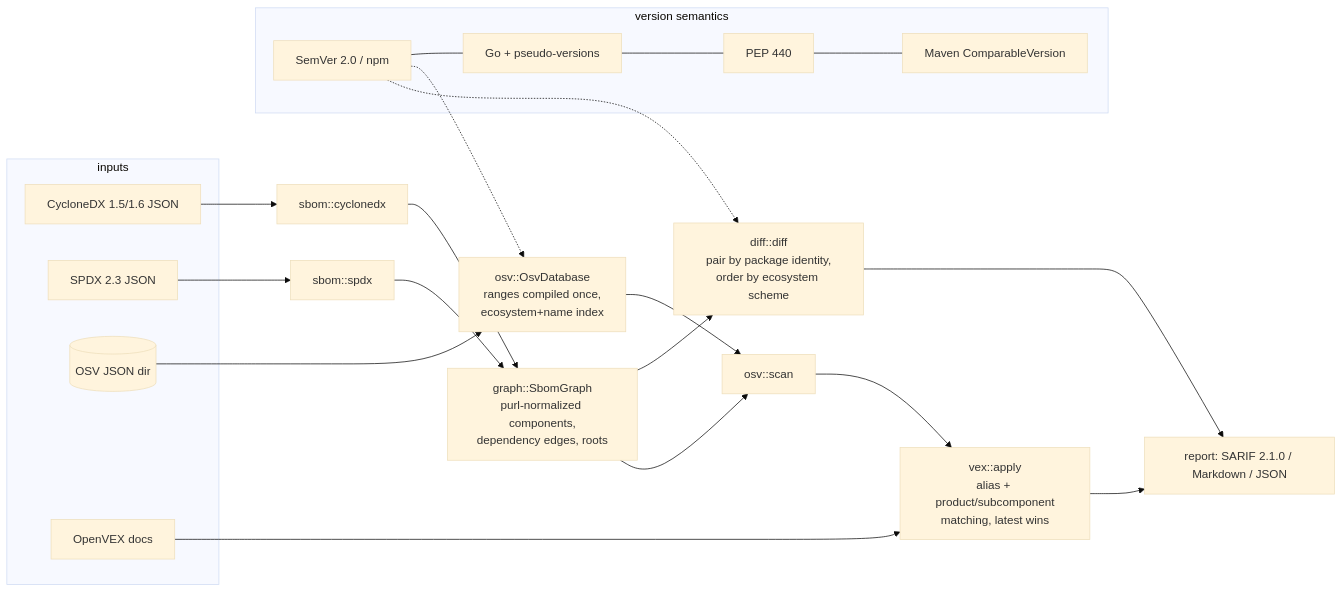
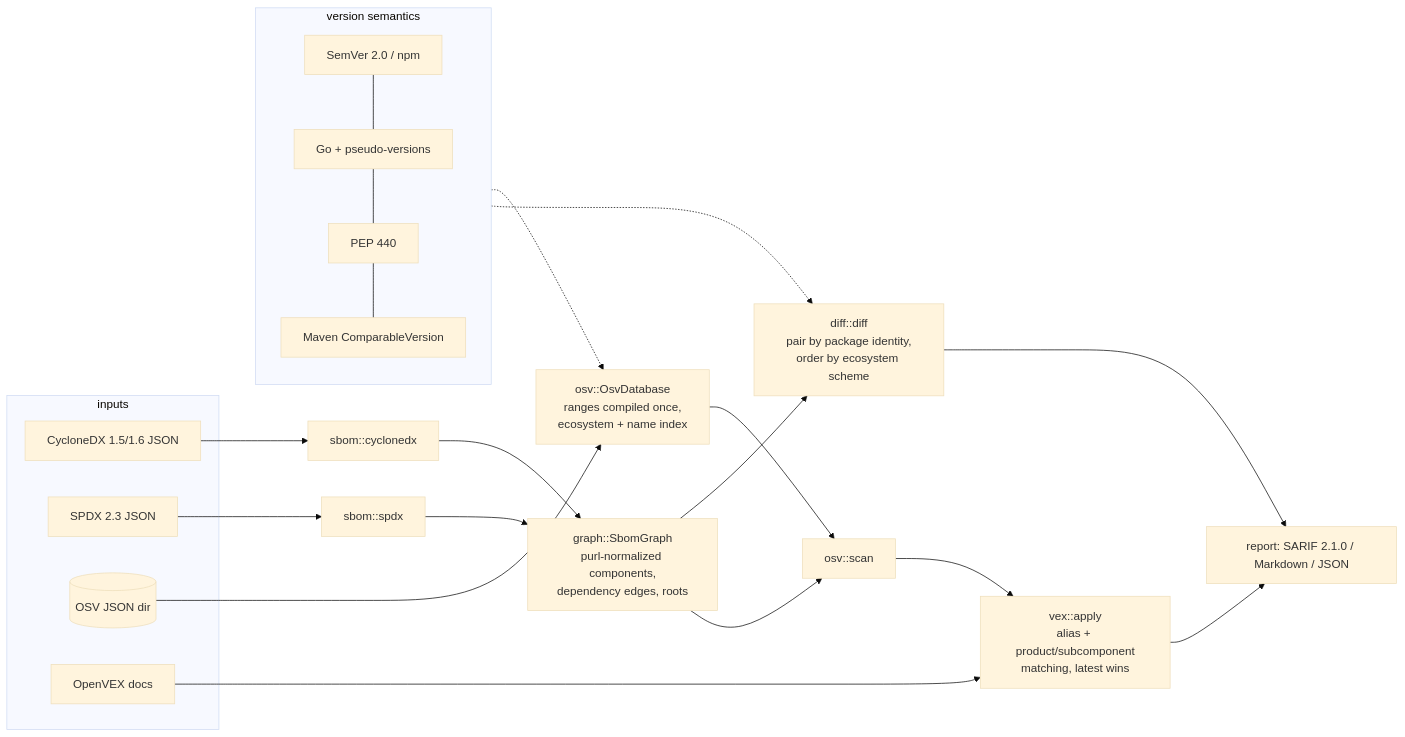
One commit to SlateGitOrg/sbomlens changed the diagram in README.md. Above: the diagram before and after it, drawn with Mermaid (base theme). The commit also changed other lines of this file and 1 other file, not shown here.

````diff
--- a/README.md
+++ b/README.md
@@ -21,25 +44,26 @@
 ```mermaid
 flowchart LR
-    subgraph inputs
-      CDX[CycloneDX 1.5/1.6 JSON]
-      SPDX[SPDX 2.3 JSON]
-      OSV[(OSV JSON dir)]
-      VEX[OpenVEX docs]
+    subgraph IN["inputs"]
+      CDX["CycloneDX 1.5/1.6 JSON"]
+      SPDX["SPDX 2.3 JSON"]
+      OSV[("OSV JSON dir")]
+      VEX["OpenVEX docs"]
     end
-    CDX --> P[sbom::cyclonedx]
-    SPDX --> Q[sbom::spdx]
-    P & Q --> G[graph::SbomGraph<br/>purl-normalized components,<br/>dependency edges, roots]
-    G --> D[diff::diff<br/>pair by package identity,<br/>order by ecosystem scheme]
-    OSV --> DB[osv::OsvDatabase<br/>ranges compiled once,<br/>ecosystem+name index]
-    G --> M[osv::scan]
+    CDX --> P["sbom::cyclonedx"]
+    SPDX --> Q["sbom::spdx"]
+    P --> G["graph::SbomGraph<br/>purl-normalized components,<br/>dependency edges, roots"]
+    Q --> G
+    G --> D["diff::diff<br/>pair by package identity,<br/>order by ecosystem scheme"]
+    OSV --> DB["osv::OsvDatabase<br/>ranges compiled once,<br/>ecosystem + name index"]
+    G --> M["osv::scan"]
     DB --> M
-    M --> V[vex::apply<br/>alias + product/subcomponent<br/>matching, latest wins]
+    M --> V["vex::apply<br/>alias + product/subcomponent<br/>matching, latest wins"]
     VEX --> V
-    V --> R[report: SARIF 2.1.0 / Markdown / JSON]
+    V --> R["report: SARIF 2.1.0 / Markdown / JSON"]
     D --> R
-    subgraph version semantics
-      S1[SemVer 2.0 / npm] --- S2[Go + pseudo-versions] --- S3[PEP 440] --- S4[Maven ComparableVersion]
+    subgraph VS["version semantics"]
+      S1["SemVer 2.0 / npm"] --- S2["Go + pseudo-versions"] --- S3["PEP 440"] --- S4["Maven ComparableVersion"]
     end
-    S1 -.-> DB
-    S1 -.-> D
+    VS -.-> DB
+    VS -.-> D
 ```
````
